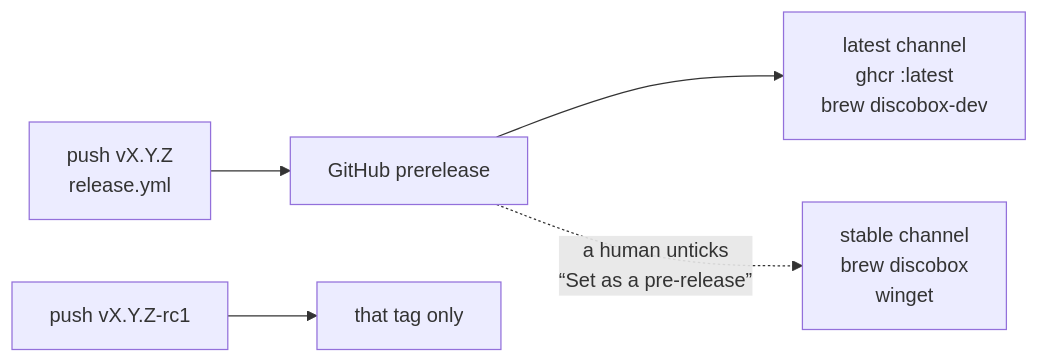
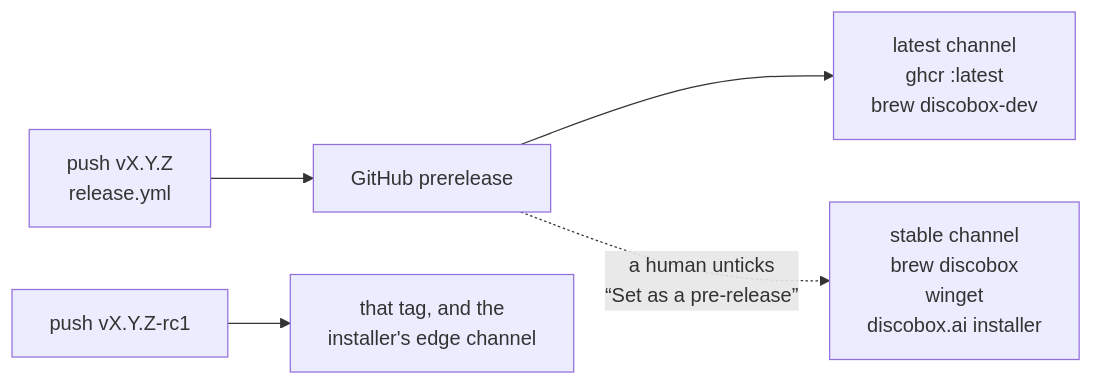
Before and after one commit to discobox-ai/discobox: the fourth of 5 diagrams in DESIGN.md, drawn with Mermaid. The commit also changed other lines of this file and 2 other files, not shown here.

````diff
--- a/DESIGN.md
+++ b/DESIGN.md
@@ -237,8 +238,8 @@
 ```mermaid
 flowchart LR
     tag["push vX.Y.Z<br/>release.yml"] --> pre["GitHub prerelease"]
     pre --> latest["latest channel<br/>ghcr :latest<br/>brew discobox-dev"]
     pre -.->|"a human unticks<br/>“Set as a pre-release”"| stable
-    stable["stable channel<br/>brew discobox<br/>winget"]
-    rc["push vX.Y.Z-rc1"] --> only["that tag only"]
+    stable["stable channel<br/>brew discobox<br/>winget<br/>discobox.ai installer"]
+    rc["push vX.Y.Z-rc1"] --> only["that tag, and the<br/>installer's edge channel"]
 ```
````
